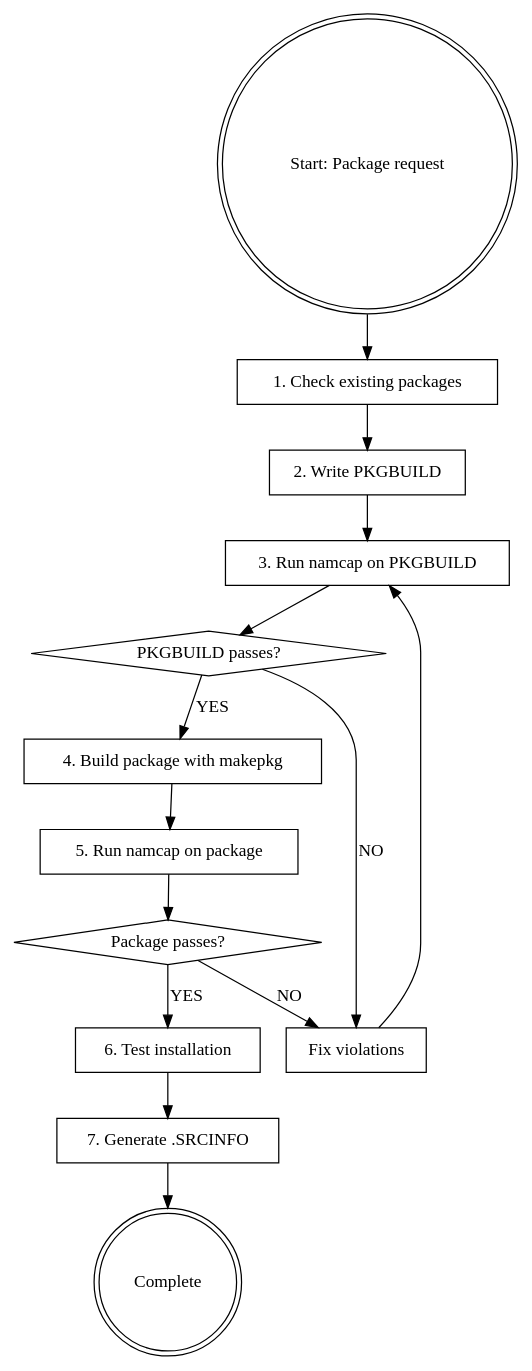
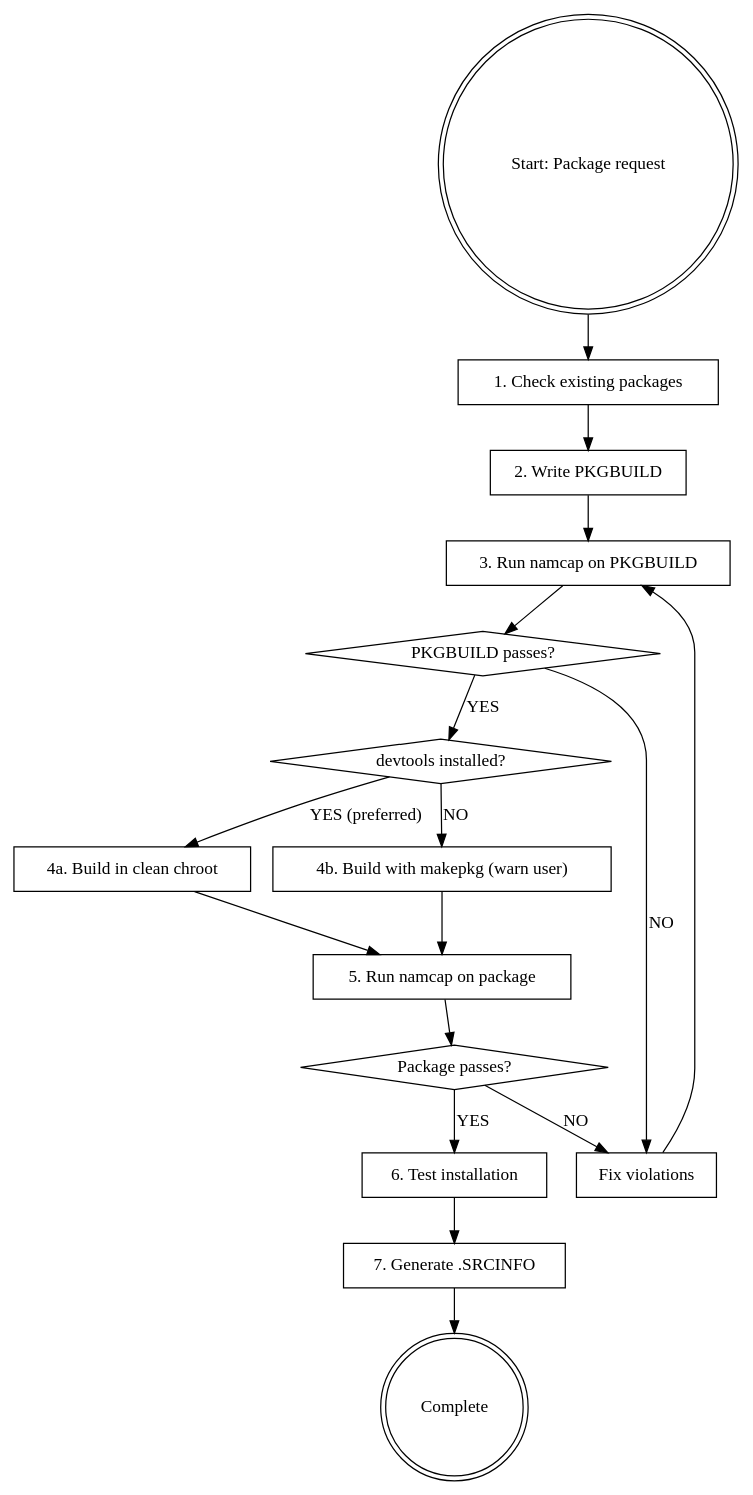
One commit to SteamedFish/dotfiles changed the diagram in .config/opencode/skills/archlinux-pkgbuild/SKILL.md. Above: the diagram before and after it, drawn with Graphviz. The commit also changed other lines of this file and 5 other files, not shown here.

````diff
--- a/.config/opencode/skills/archlinux-pkgbuild/SKILL.md
+++ b/.config/opencode/skills/archlinux-pkgbuild/SKILL.md
@@ -33,30 +33,35 @@
 ```dot
 digraph pkgbuild_workflow {
     "Start: Package request" [shape=doublecircle];
     "1. Check existing packages" [shape=box];
     "2. Write PKGBUILD" [shape=box];
     "3. Run namcap on PKGBUILD" [shape=box];
     "PKGBUILD passes?" [shape=diamond];
-    "4. Build package with makepkg" [shape=box];
+    "devtools installed?" [shape=diamond];
+    "4a. Build in clean chroot" [shape=box];
+    "4b. Build with makepkg (warn user)" [shape=box];
     "5. Run namcap on package" [shape=box];
     "Package passes?" [shape=diamond];
     "6. Test installation" [shape=box];
     "7. Generate .SRCINFO" [shape=box];
     "Complete" [shape=doublecircle];
     "Fix violations" [shape=box];
 
     "Start: Package request" -> "1. Check existing packages";
     "1. Check existing packages" -> "2. Write PKGBUILD";
     "2. Write PKGBUILD" -> "3. Run namcap on PKGBUILD";
     "3. Run namcap on PKGBUILD" -> "PKGBUILD passes?";
     "PKGBUILD passes?" -> "Fix violations" [label="NO"];
     "Fix violations" -> "3. Run namcap on PKGBUILD";
-    "PKGBUILD passes?" -> "4. Build package with makepkg" [label="YES"];
-    "4. Build package with makepkg" -> "5. Run namcap on package";
+    "PKGBUILD passes?" -> "devtools installed?" [label="YES"];
+    "devtools installed?" -> "4a. Build in clean chroot" [label="YES (preferred)"];
+    "devtools installed?" -> "4b. Build with makepkg (warn user)" [label="NO"];
+    "4a. Build in clean chroot" -> "5. Run namcap on package";
+    "4b. Build with makepkg (warn user)" -> "5. Run namcap on package";
     "5. Run namcap on package" -> "Package passes?";
     "Package passes?" -> "Fix violations" [label="NO"];
     "Package passes?" -> "6. Test installation" [label="YES"];
     "6. Test installation" -> "7. Generate .SRCINFO";
     "7. Generate .SRCINFO" -> "Complete";
 }
 ```
````
